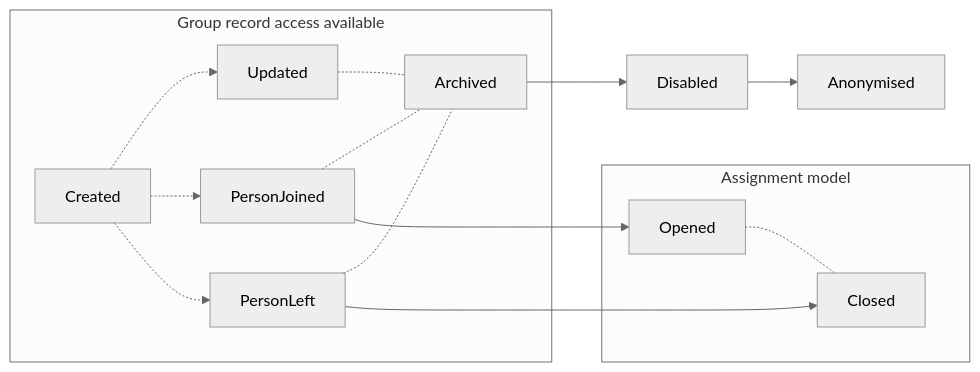
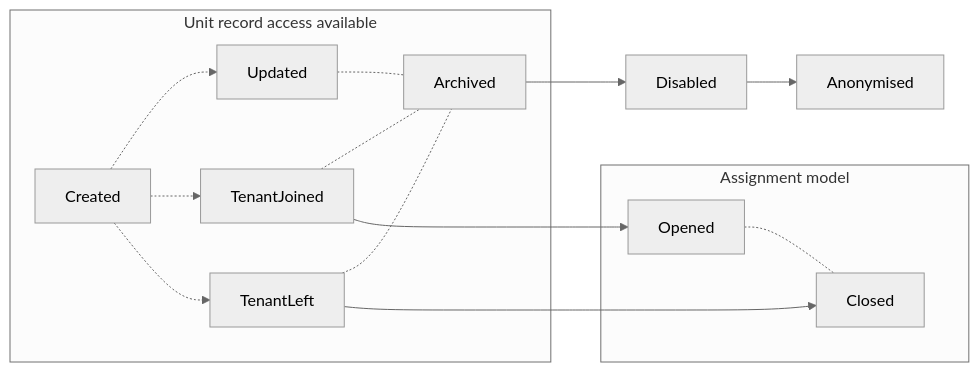
Before and after one commit to coly-technologies/coly-technologies.github.io: the third of 3 diagrams in coly-api.md, drawn with Mermaid (neutral theme). The commit also changed other lines of this file and 1 other file, not shown here.

First line of the commit message:
Api update, person -> tenant, group -> unit (#13)

````diff
--- a/coly-api.md
+++ b/coly-api.md
@@ -124,12 +123,12 @@
 ```mermaid
 graph LR;
   subgraph Assignment model
     Opened -.- Closed
   end
-  subgraph Group record access available
-    Created -.-> Updated & PersonJoined & PersonLeft -.- Archived
+  subgraph Unit record access available
+    Created -.-> Updated & TenantJoined & TenantLeft -.- Archived
   end
   Archived --> Disabled --> Anonymised
-  PersonJoined ---> Opened
-  PersonLeft ---> Closed
+  TenantJoined ---> Opened
+  TenantLeft ---> Closed
 ```
````
